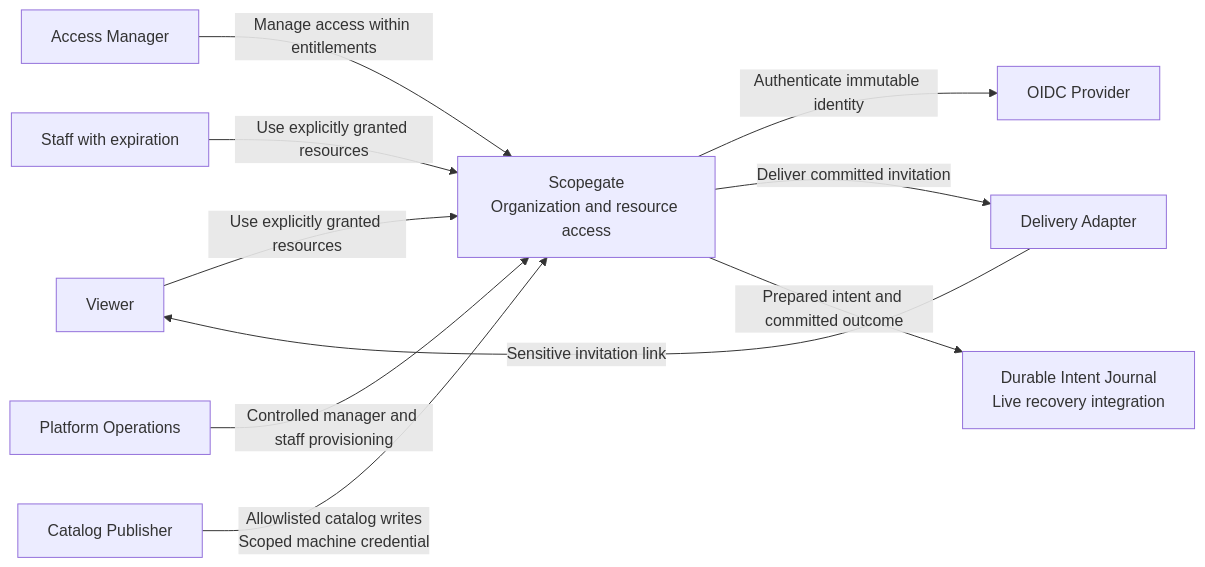
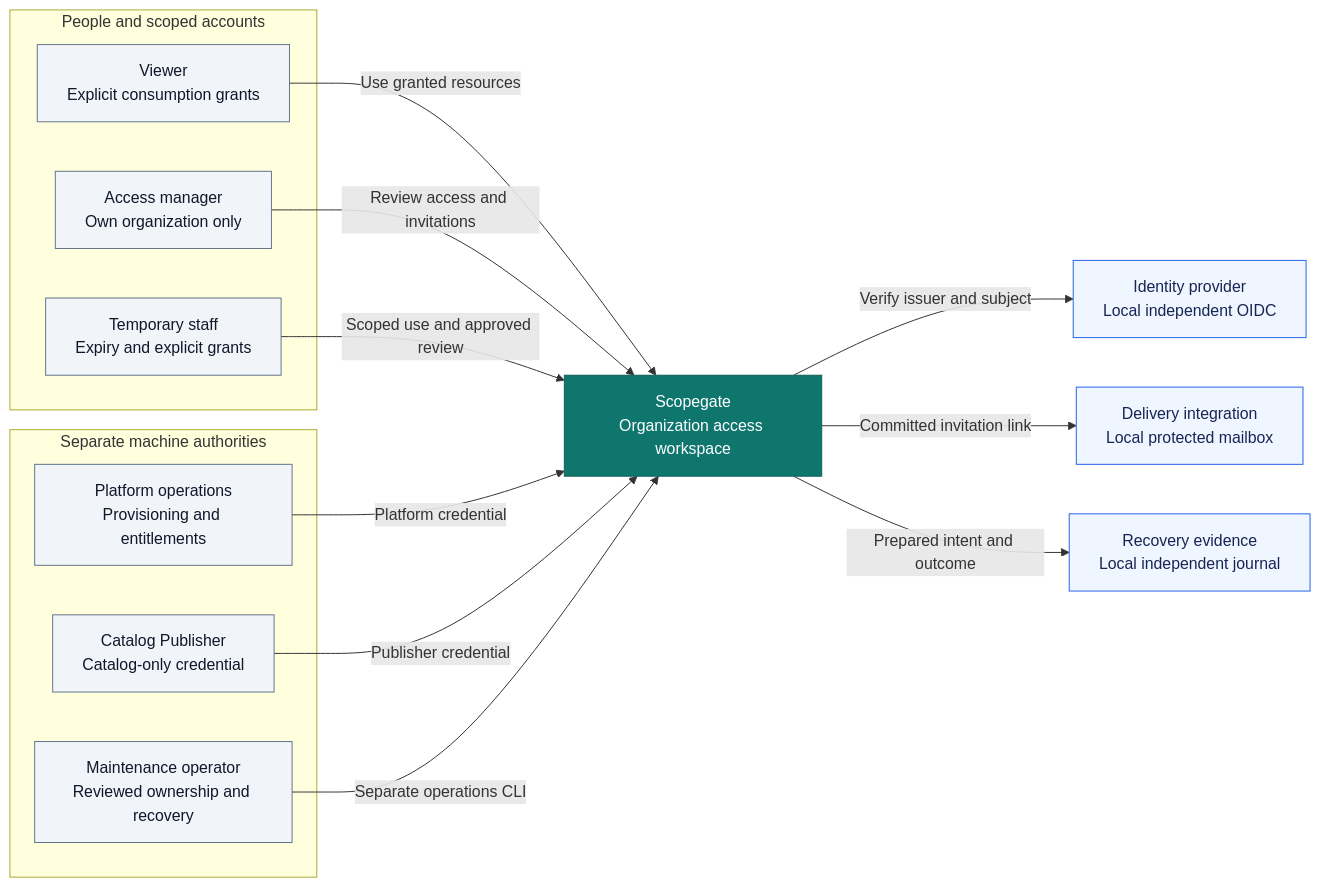
The diagram in docs/diagrams/context.mmd (ylgnerbecton/scopegate), drawn with Mermaid before and after one commit. The commit also changed 79 other files, not shown here.

Commit message:
Refine workspace components and source-backed architecture

```diff
--- a/docs/diagrams/context.mmd
+++ b/docs/diagrams/context.mmd
@@ -1,20 +1,32 @@
 flowchart LR
-    viewer[Viewer]
-    manager[Access Manager]
-    staff[Staff with expiration]
-    operations[Platform Operations]
-    publisher[Catalog Publisher]
-    provider[OIDC Provider]
-    delivery[Delivery Adapter]
-    journal[Durable Intent Journal\nLive recovery integration]
-    product[Scopegate\nOrganization and resource access]
-
-    viewer -->|Use explicitly granted resources| product
-    manager -->|Manage access within entitlements| product
-    staff -->|Use explicitly granted resources| product
-    operations -->|Controlled manager and staff provisioning| product
-    publisher -->|Allowlisted catalog writes\nScoped machine credential| product
-    product -->|Authenticate immutable identity| provider
-    product -->|Deliver committed invitation| delivery
-    product -->|Prepared intent and committed outcome| journal
-    delivery -->|Sensitive invitation link| viewer
+    accTitle: Scopegate system context
+    accDescr: Users and machine actors have separate authority. Local identity, delivery and journal adapters support the reproducible release; real integrations require separate delivery.
+    subgraph people[People and scoped accounts]
+        viewer[Viewer<br/>Explicit consumption grants]
+        manager[Access manager<br/>Own organization only]
+        staff[Temporary staff<br/>Expiry and explicit grants]
+    end
+    subgraph machines[Separate machine authorities]
+        platform[Platform operations<br/>Provisioning and entitlements]
+        publisher[Catalog Publisher<br/>Catalog-only credential]
+        maintenance[Maintenance operator<br/>Reviewed ownership and recovery]
+    end
+    product[Scopegate<br/>Organization access workspace]
+    identity[Identity provider<br/>Local independent OIDC]
+    delivery[Delivery integration<br/>Local protected mailbox]
+    journal[Recovery evidence<br/>Local independent journal]
+    viewer -->|Use granted resources| product
+    manager -->|Review access and invitations| product
+    staff -->|Scoped use and approved review| product
+    platform -->|Platform credential| product
+    publisher -->|Publisher credential| product
+    maintenance -->|Separate operations CLI| product
+    product -->|Verify issuer and subject| identity
+    product -->|Committed invitation link| delivery
+    product -->|Prepared intent and outcome| journal
+    classDef actor fill:#f1f5f9,stroke:#64748b,color:#0f172a;
+    classDef system fill:#0f766e,stroke:#115e59,color:#ffffff;
+    classDef adapter fill:#eff6ff,stroke:#2563eb,color:#172554;
+    class viewer,manager,staff,platform,publisher,maintenance actor;
+    class product system;
+    class identity,delivery,journal adapter;
```
